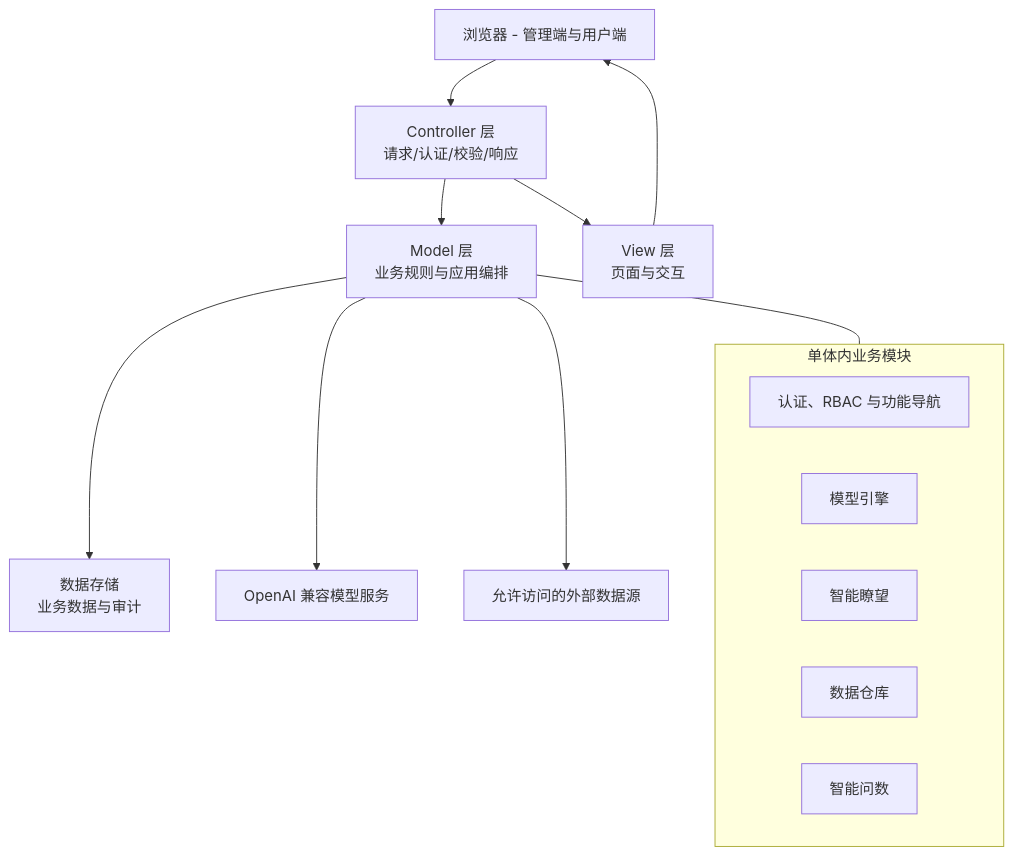
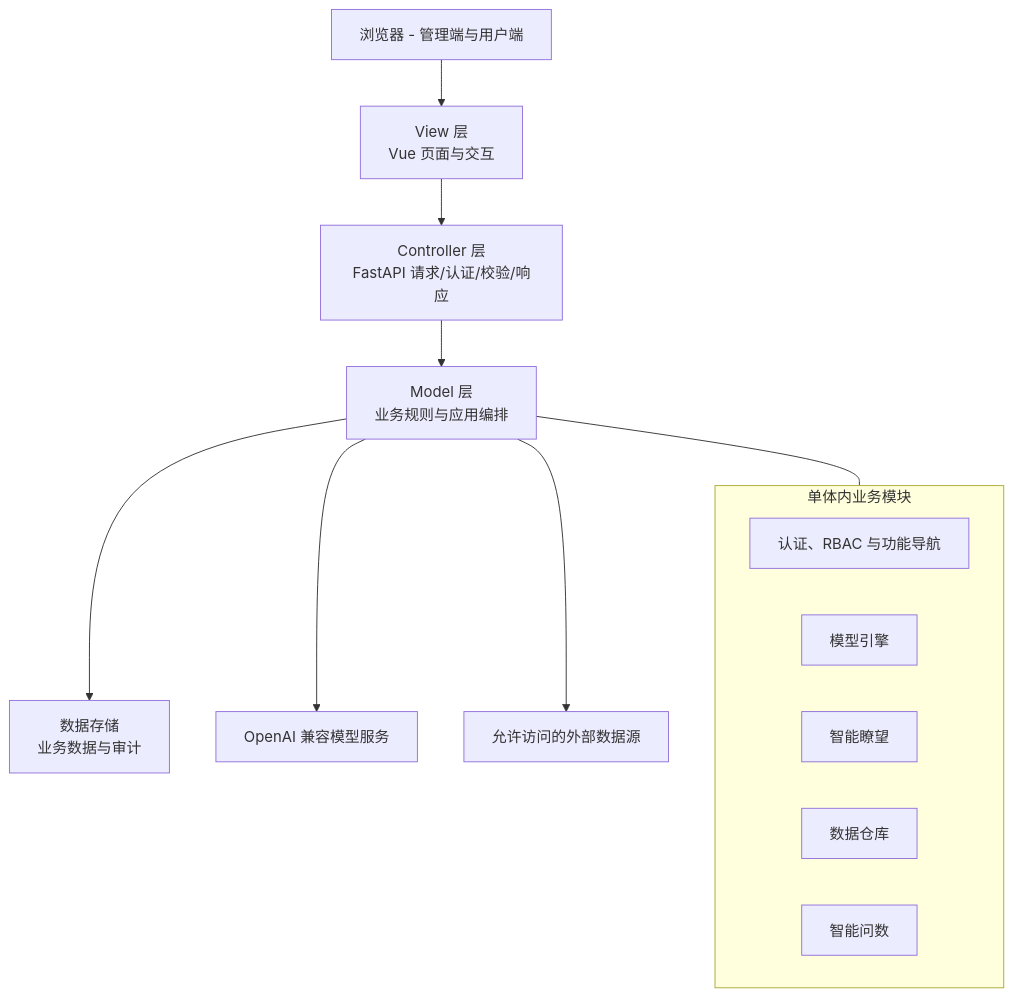
One commit to c2h5oh0807/cnAgentOS changed the first of 2 diagrams in docs/architecture/system.md. Above: the diagram before and after it, drawn with Mermaid. The commit also changed other lines of this file and 88 other files, not shown here.

````diff
--- a/docs/architecture/system.md
+++ b/docs/architecture/system.md
@@ -11,19 +13,18 @@
 ```mermaid
 flowchart TD
-    Browser["浏览器 - 管理端与用户端"] --> Controller["Controller 层<br/>请求/认证/校验/响应"]
+    Browser["浏览器 - 管理端与用户端"] --> View["View 层<br/>Vue 页面与交互"]
+    View --> Controller["Controller 层<br/>FastAPI 请求/认证/校验/响应"]
     Controller --> Model["Model 层<br/>业务规则与应用编排"]
     Model --> Store["数据存储<br/>业务数据与审计"]
     Model --> LLM["OpenAI 兼容模型服务"]
     Model --> External["允许访问的外部数据源"]
-    View["View 层<br/>页面与交互"] --> Browser
-    Controller --> View
 
     subgraph Modules["单体内业务模块"]
       Auth["认证、RBAC 与功能导航"]
       Engine["模型引擎"]
       Watch["智能瞭望"]
       Data["数据仓库"]
       QA["智能问数"]
     end
     Model --- Modules
 ```
````
